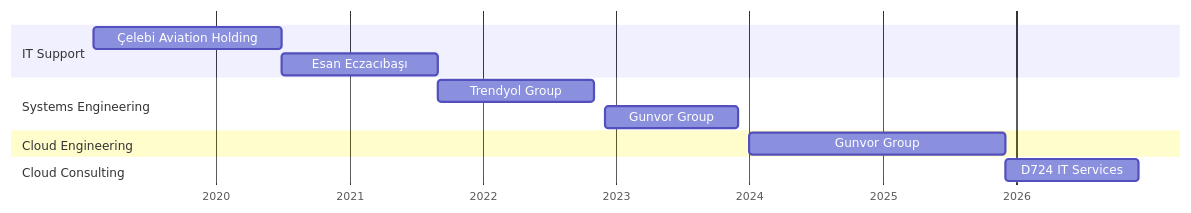
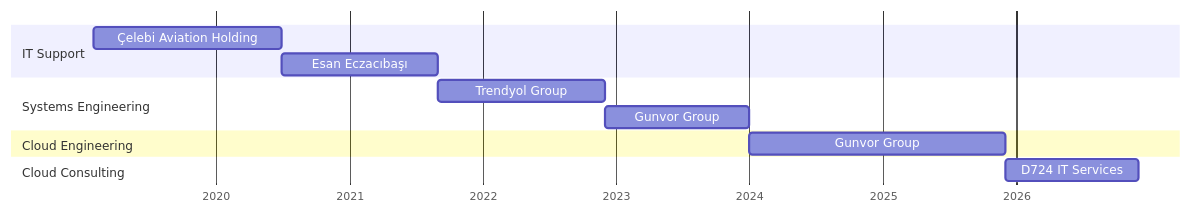
The first of 3 diagrams in _tabs/about.md (ozanberkpolat/ozanberkpolat.github.io), drawn with Mermaid before and after one commit.

````diff
--- a/_tabs/about.md
+++ b/_tabs/about.md
@@ -23,19 +23,19 @@
 ```mermaid
 gantt
     dateFormat  YYYY-MM
     axisFormat  %Y
 
     section IT Support
     Çelebi Aviation Holding       :2019-02, 2020-07
     Esan Eczacıbaşı               :2020-07, 2021-09
 
     section Systems Engineering
-    Trendyol Group                :2021-09, 2022-11
-    Gunvor Group                  :2022-12, 2023-12
+    Trendyol Group                :2021-09, 2022-12
+    Gunvor Group                  :2022-12, 2024-01
 
     section Cloud Engineering
     Gunvor Group                  :2024-01, 2025-12
 
     section Cloud Consulting
     D724 IT Services              :2025-12, 2026-12
 ```
````
